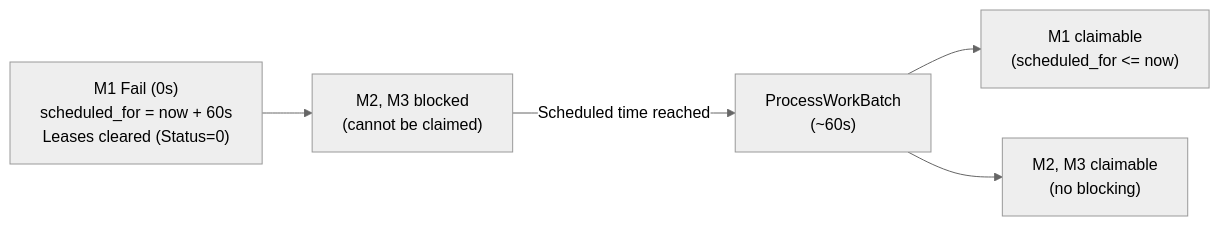
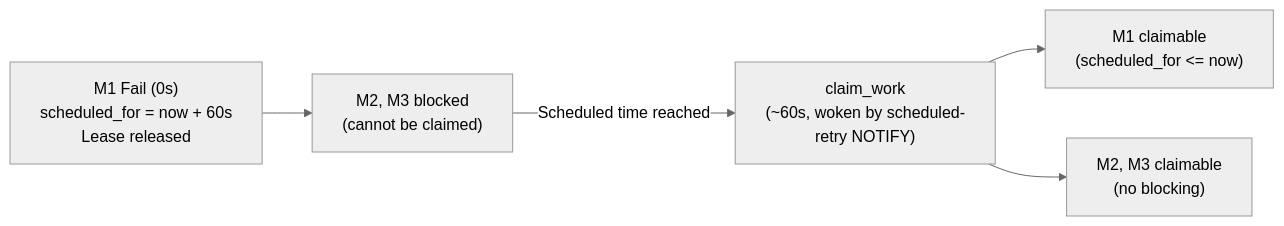
The sixth of 12 diagrams in src/assets/docs/v1.0.0/messaging/multi-instance-coordination.md (whizbang-lib/whizbang-lib.github.io), drawn with Mermaid (neutral theme) before and after one commit. The commit also changed other lines of this file and 7 other files, not shown here.

````diff
--- a/src/assets/docs/v1.0.0/messaging/multi-instance-coordination.md
+++ b/src/assets/docs/v1.0.0/messaging/multi-instance-coordination.md
@@ -236,17 +243,17 @@
 ```mermaid
 flowchart LR
-    Fail["M1 Fail (0s)<br/>scheduled_for = now + 60s<br/>Leases cleared (Status=0)"]
+    Fail["M1 Fail (0s)<br/>scheduled_for = now + 60s<br/>Lease released"]
     Blocked["M2, M3 blocked<br/>(cannot be claimed)"]
-    PWB["ProcessWorkBatch<br/>(~60s)"]
+    PWB["claim_work<br/>(~60s, woken by scheduled-retry NOTIFY)"]
     C1["M1 claimable<br/>(scheduled_for <= now)"]
     C2["M2, M3 claimable<br/>(no blocking)"]
 
     Fail --> Blocked
     Blocked -->|"Scheduled time reached"| PWB
     PWB --> C1
     PWB --> C2
 
     class Fail layer-event
     class Blocked,PWB layer-command
     class C1,C2 layer-core
 ```
````
